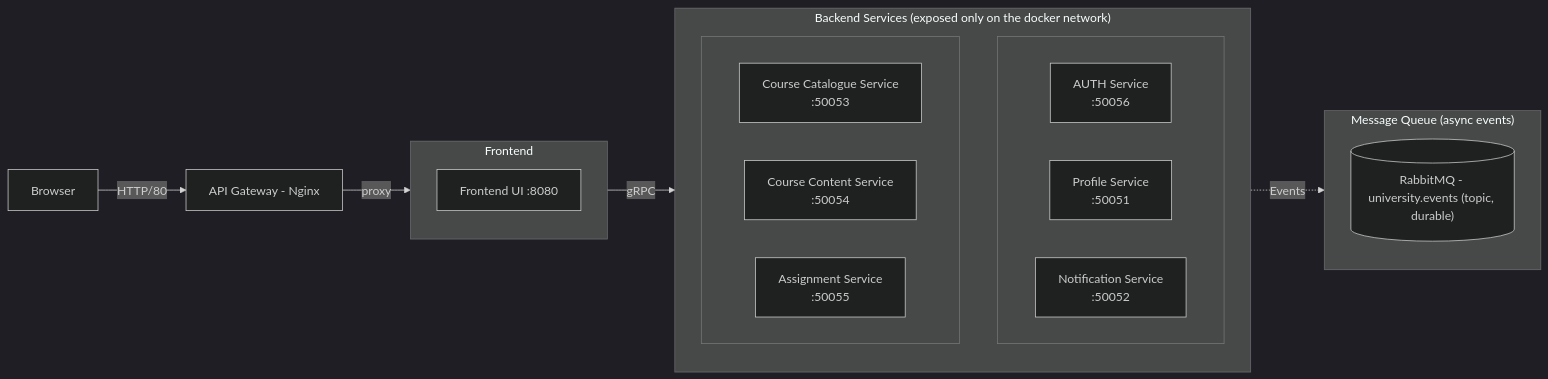
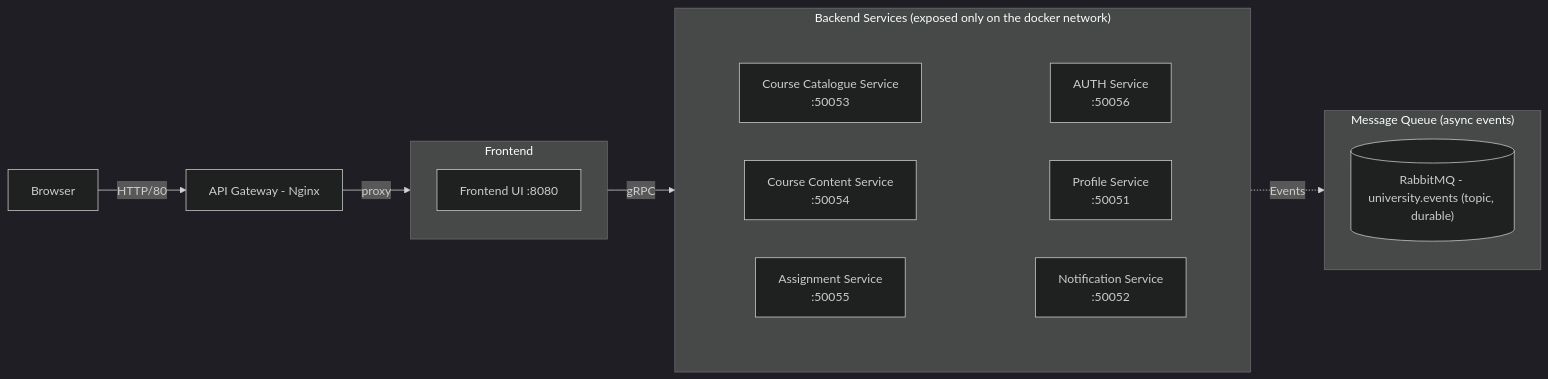
One commit to bundgaard1/Osbourne.AI changed the first of 2 diagrams in docs/design.md. Above: the diagram before and after it, drawn with Mermaid.

Commit message:
Remove boxes in services

````diff
--- a/docs/design.md
+++ b/docs/design.md
@@ -8,42 +8,45 @@
 ```mermaid
 ---
 config:
   theme: dark
 ---
 graph LR;
     U[Browser] -->|HTTP/80| B[API Gateway - Nginx]
 
     subgraph FE ["Frontend"]
         F[Frontend UI :8080]
     end
 
     subgraph BE ["Backend Services (exposed only on the docker network)"]
         direction TD
         subgraph Col1 [" "]
             direction LR
             H["AUTH Service <br/> :50056"]
             C["Profile Service <br/> :50051"]
             G["Notification Service <br/> :50052"]
         end
 
         subgraph Col2 [" "]
             direction LR
             D["Course Catalogue Service <br/> :50053"]
             E["Course Content Service <br/> :50054"]
             J["Assignment Service <br/> :50055"]
         end
     end
 
     subgraph MQ ["Message Queue (async events)"]
         Q[("RabbitMQ - university.events (topic, durable)")]
     end
 
     %% Node to Subgraph
     B -->|proxy| FE
 
     %% Node inside Subgraph to Node inside Subgraph
     FE -->|gRPC| BE
 
     %% Subgraph to Subgraph
     BE -.->|Events| MQ
+
+    style Col1 fill:none,stroke:none
+    style Col2 fill:none,stroke:none
 ```
````
